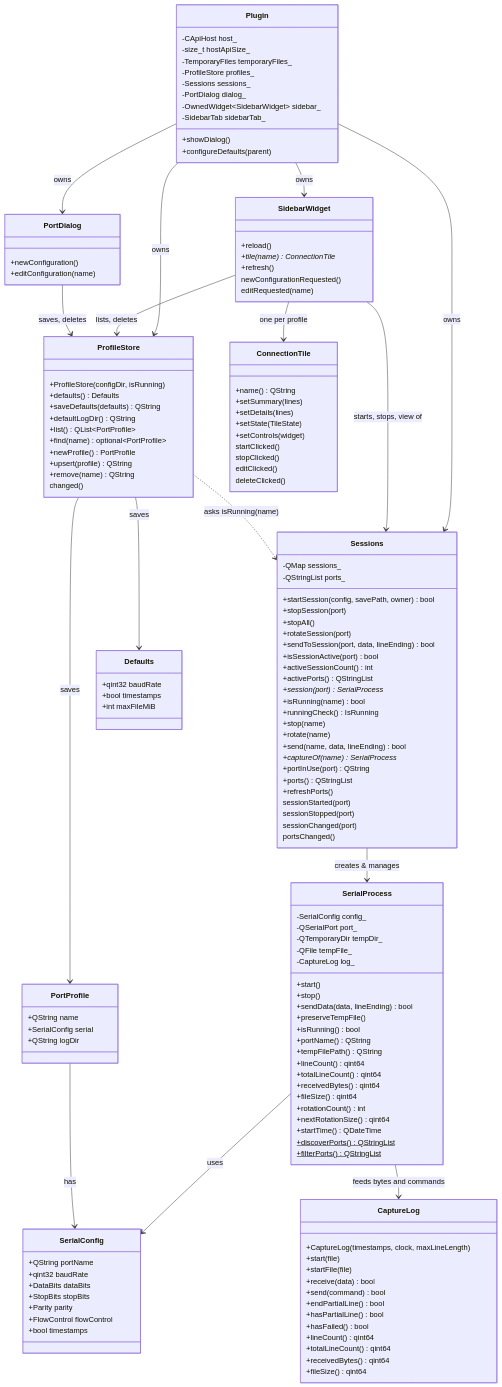
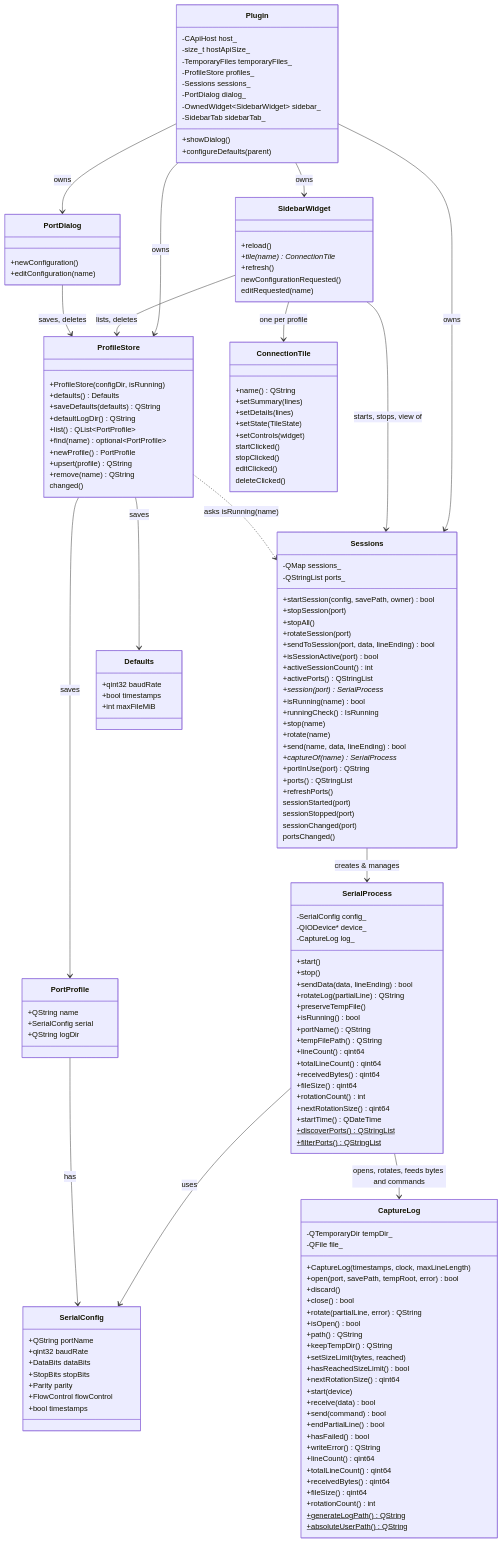
Before and after one commit to 64x-lunicorn/LogSquirl-Serial: the second of 2 diagrams in docs/DEVELOPER_GUIDE.md, drawn with Mermaid. The commit also changed other lines of this file and 9 other files, not shown here.

First line of the commit message:
Move rotation, the size limit and file naming into CaptureLog (#60)

```diff
--- a/docs/DEVELOPER_GUIDE.md
+++ b/docs/DEVELOPER_GUIDE.md
@@ -89,13 +89,12 @@
 
     class SerialProcess {
         -SerialConfig config_
-        -QSerialPort port_
-        -QTemporaryDir tempDir_
-        -QFile tempFile_
+        -QIODevice* device_
         -CaptureLog log_
         +start()
         +stop()
         +sendData(data, lineEnding) bool
+        +rotateLog(partialLine) QString
         +preserveTempFile()
         +isRunning() bool
         +portName() QString
@@ -112,18 +111,32 @@
     }
 
     class CaptureLog {
+        -QTemporaryDir tempDir_
+        -QFile file_
         +CaptureLog(timestamps, clock, maxLineLength)
-        +start(file)
-        +startFile(file)
+        +open(port, savePath, tempRoot, error) bool
+        +discard()
+        +close() bool
+        +rotate(partialLine, error) QString
+        +isOpen() bool
+        +path() QString
+        +keepTempDir() QString
+        +setSizeLimit(bytes, reached)
+        +hasReachedSizeLimit() bool
+        +nextRotationSize() qint64
+        +start(device)
         +receive(data) bool
         +send(command) bool
         +endPartialLine() bool
-        +hasPartialLine() bool
         +hasFailed() bool
+        +writeError() QString
         +lineCount() qint64
         +totalLineCount() qint64
         +receivedBytes() qint64
         +fileSize() qint64
+        +rotationCount() int
+        +generateLogPath()$ QString
+        +absoluteUserPath()$ QString
     }
 
     class Sessions {
@@ -213,7 +226,7 @@
     SidebarWidget --> ConnectionTile : one per profile
     SidebarWidget --> Sessions : starts, stops, view of
     SerialProcess --> SerialConfig : uses
-    SerialProcess --> CaptureLog : feeds bytes and commands
+    SerialProcess --> CaptureLog : opens, rotates, feeds bytes and commands
     Plugin --> Sessions : owns
     Plugin --> ProfileStore : owns
     Plugin --> PortDialog : owns
```
